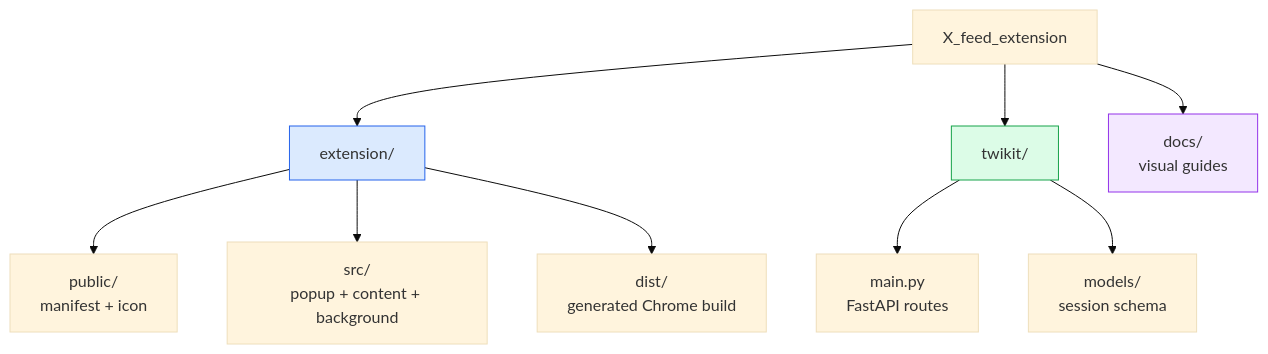
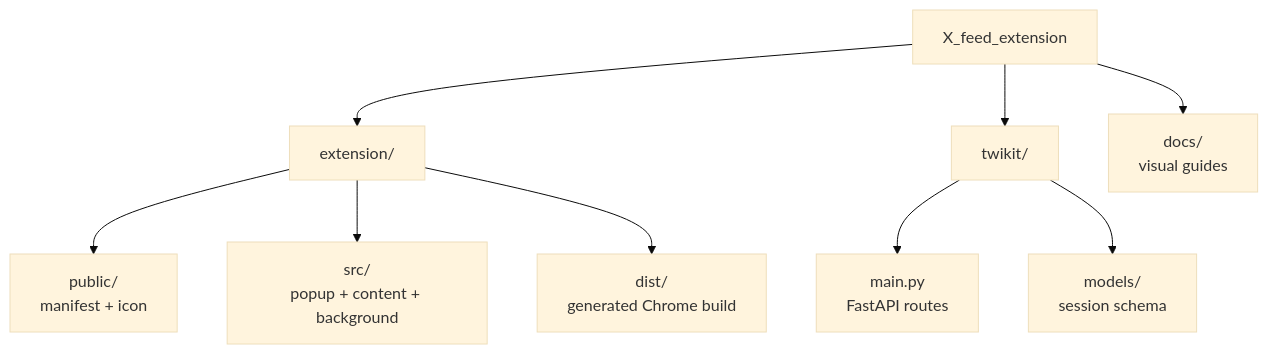
The fourth of 8 diagrams in README.md (SidheshwarSarangal/X_feed_extension), drawn with Mermaid (base theme) before and after one commit. The commit also changed other lines of this file and 4 other files, not shown here.

````diff
--- a/README.md
+++ b/README.md
@@ -81,16 +72,13 @@
 ```mermaid
 flowchart TB
     Root[X_feed_extension]
     Root --> Ext[extension/]
     Ext --> Public[public/<br/>manifest + icon]
     Ext --> Source[src/<br/>popup + content + background]
     Ext --> Dist[dist/<br/>generated Chrome build]
     Root --> Backend[twikit/]
     Backend --> Main[main.py<br/>FastAPI routes]
     Backend --> Models[models/<br/>session schema]
     Root --> Docs[docs/<br/>visual guides]
 
-    style Ext fill:#dbeafe,stroke:#2563eb
-    style Backend fill:#dcfce7,stroke:#16a34a
-    style Docs fill:#f3e8ff,stroke:#9333ea
 ```
````
